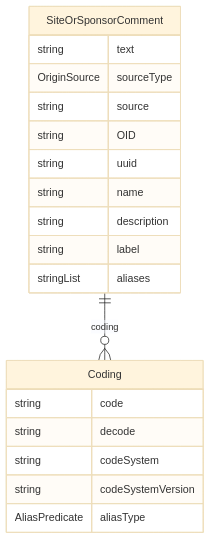
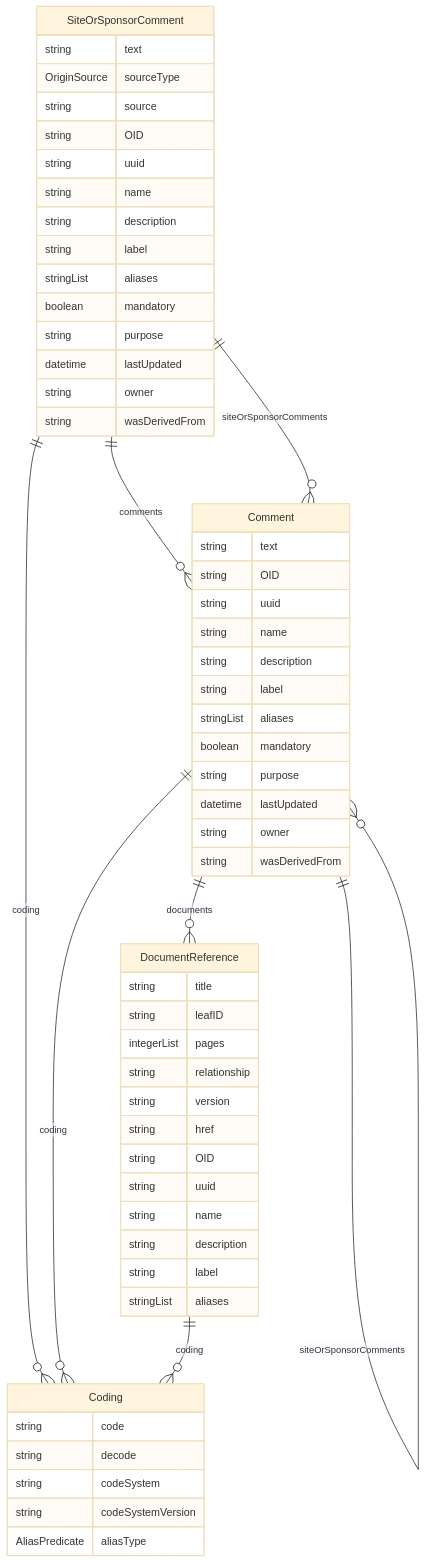
Before and after one commit to TeMeta/define-json: the diagram in docs/classes/SiteOrSponsorComment.md, drawn with Mermaid (base theme). The commit also changed other lines of this file and 260 other files, not shown here.

````diff
--- a/docs/classes/SiteOrSponsorComment.md
+++ b/docs/classes/SiteOrSponsorComment.md
@@ -16,24 +16,64 @@
 ```mermaid
 erDiagram
 SiteOrSponsorComment {
     string text  
     OriginSource sourceType  
     string source  
     string OID  
     string uuid  
     string name  
     string description  
     string label  
     stringList aliases  
+    boolean mandatory  
+    string purpose  
+    datetime lastUpdated  
+    string owner  
+    string wasDerivedFrom  
+}
+Comment {
+    string text  
+    string OID  
+    string uuid  
+    string name  
+    string description  
+    string label  
+    stringList aliases  
+    boolean mandatory  
+    string purpose  
+    datetime lastUpdated  
+    string owner  
+    string wasDerivedFrom  
 }
 Coding {
     string code  
     string decode  
     string codeSystem  
     string codeSystemVersion  
     AliasPredicate aliasType  
 }
+DocumentReference {
+    string title  
+    string leafID  
+    integerList pages  
+    string relationship  
+    string version  
+    string href  
+    string OID  
+    string uuid  
+    string name  
+    string description  
+    string label  
+    stringList aliases  
+}
 
 SiteOrSponsorComment ||--}o Coding : "coding"
+SiteOrSponsorComment ||--}o Comment : "comments"
+SiteOrSponsorComment ||--}o Comment : "siteOrSponsorComments"
+Comment ||--}o DocumentReference : "documents"
+Comment ||--}o Coding : "coding"
+Comment ||--}o Comment : "comments"
+Comment ||--}o Comment : "siteOrSponsorComments"
+DocumentReference ||--}o Coding : "coding"
 
 ```
````
